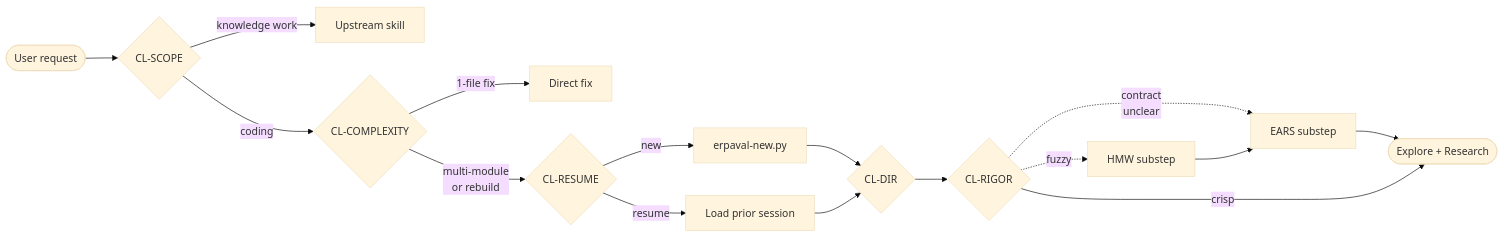
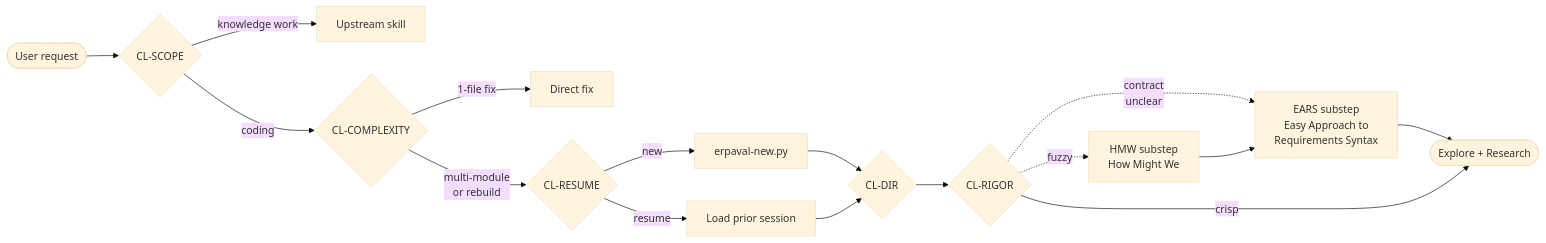
Before and after one commit to theagenticguy/erpaval: the second of 7 diagrams in README.md, drawn with Mermaid (base theme). The commit also changed other lines of this file, not shown here.

````diff
--- a/README.md
+++ b/README.md
@@ -82,17 +84,17 @@
 ```mermaid
 flowchart LR
   IN([User request]) --> SCOPE{CL-SCOPE}
   SCOPE -->|knowledge work| ROUTE[Upstream skill]
   SCOPE -->|coding| COMPLEX{CL-COMPLEXITY}
   COMPLEX -->|1-file fix| DIRECT[Direct fix]
   COMPLEX -->|multi-module<br/>or rebuild| RESUME{CL-RESUME}
   RESUME -->|new| NEW[erpaval-new.py]
   RESUME -->|resume| LOAD[Load prior session]
   NEW & LOAD --> DIR{CL-DIR}
   DIR --> RIGOR{CL-RIGOR}
-  RIGOR -.->|fuzzy| HMW[HMW substep]
-  RIGOR -.->|contract<br/>unclear| EARS[EARS substep]
+  RIGOR -.->|fuzzy| HMW[HMW substep<br/>How Might We]
+  RIGOR -.->|contract<br/>unclear| EARS[EARS substep<br/>Easy Approach to<br/>Requirements Syntax]
   HMW --> EARS
   EARS --> ER([Explore + Research])
   RIGOR -->|crisp| ER
 ```
````
